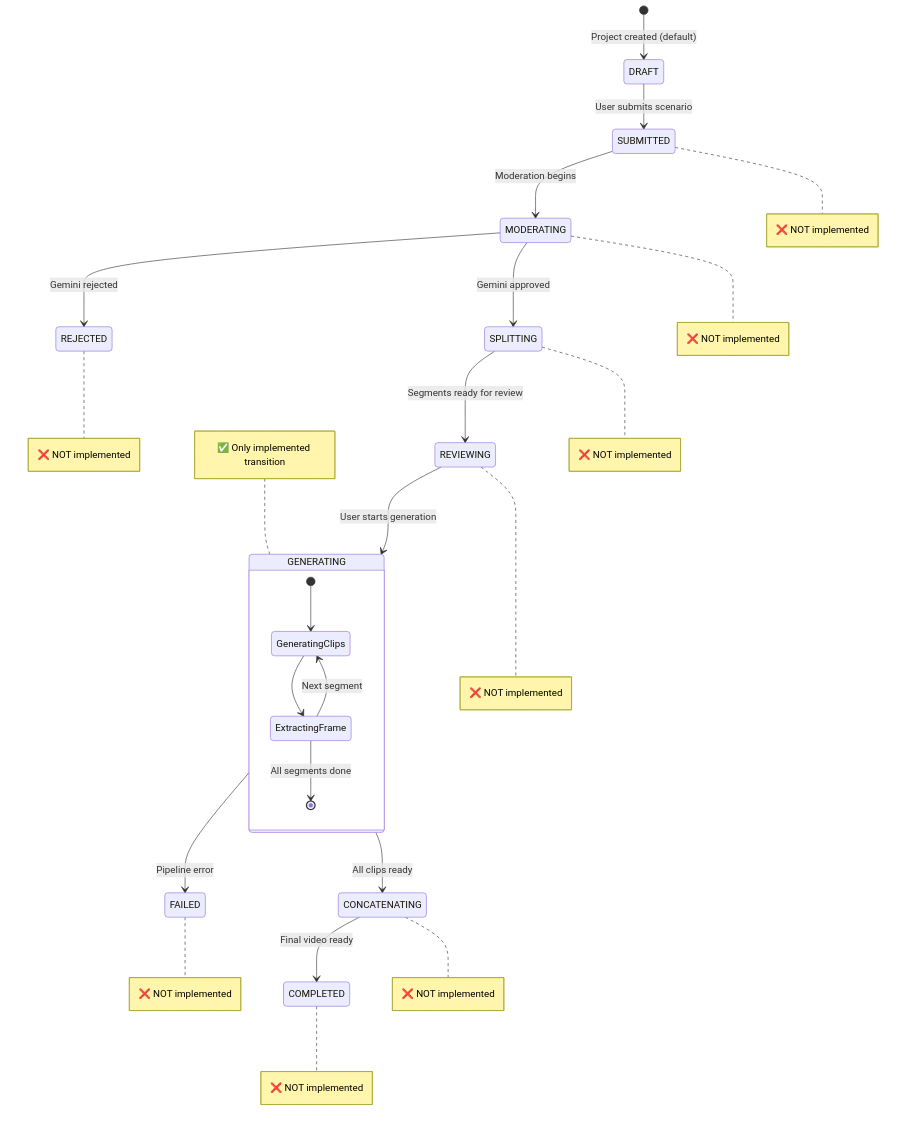
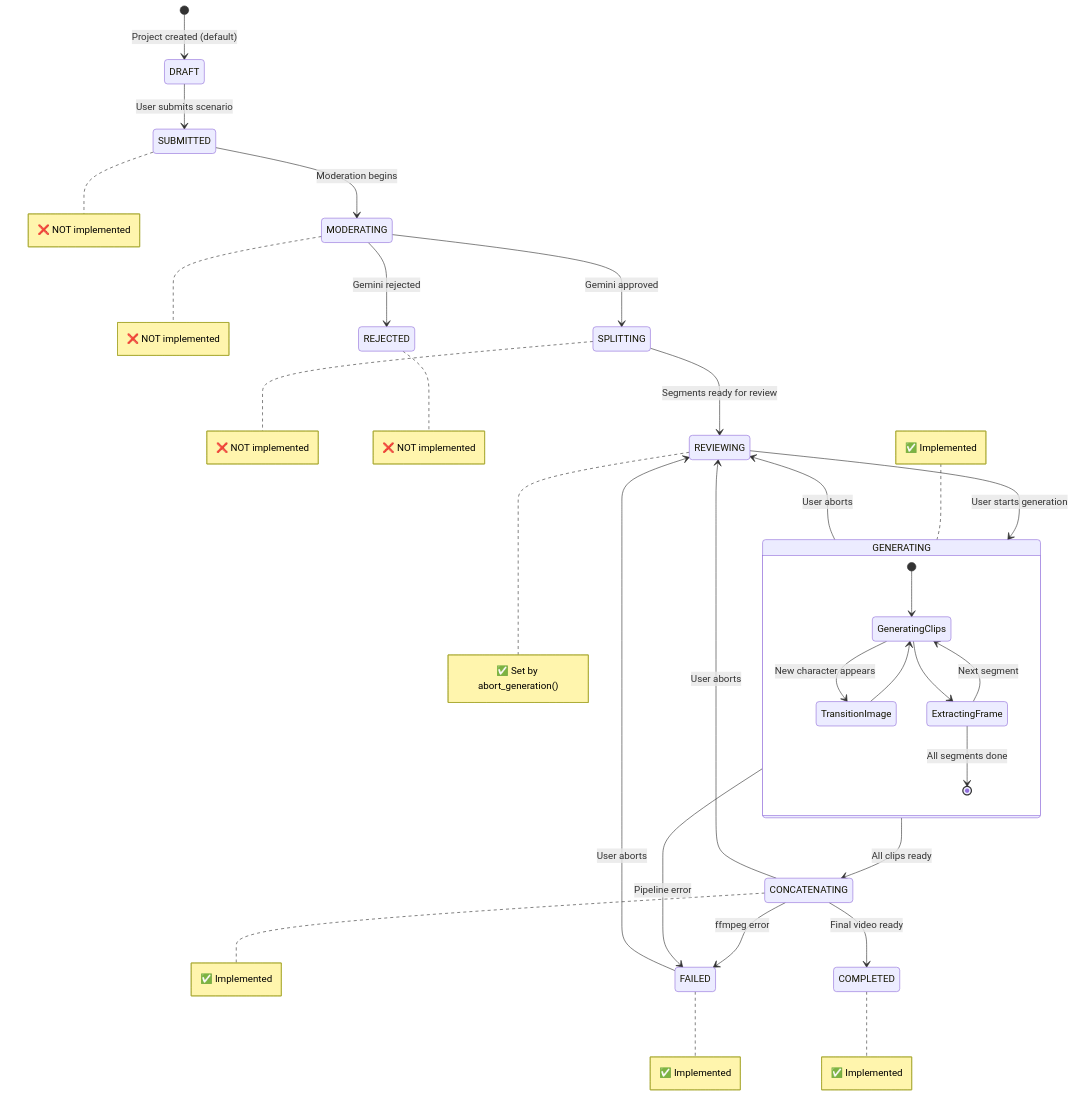
One commit to AffDk/avatarium changed the third of 9 diagrams in specs/004-code-walkthrough-docs/walkthrough.md. Above: the diagram before and after it, drawn with Mermaid. The commit also changed other lines of this file and 8 other files, not shown here.

````diff
--- a/specs/004-code-walkthrough-docs/walkthrough.md
+++ b/specs/004-code-walkthrough-docs/walkthrough.md
@@ -616,38 +616,46 @@
 ```mermaid
 stateDiagram-v2
     [*] --> DRAFT : Project created (default)
 
     DRAFT --> SUBMITTED : User submits scenario
     note right of SUBMITTED : ❌ NOT implemented
 
     SUBMITTED --> MODERATING : Moderation begins
     note right of MODERATING : ❌ NOT implemented
 
     MODERATING --> SPLITTING : Gemini approved
     MODERATING --> REJECTED : Gemini rejected
 
     note right of SPLITTING : ❌ NOT implemented
     note right of REJECTED : ❌ NOT implemented
 
     SPLITTING --> REVIEWING : Segments ready for review
-    note right of REVIEWING : ❌ NOT implemented
+    note right of REVIEWING : ✅ Set by abort_generation()
 
     REVIEWING --> GENERATING : User starts generation
-    note left of GENERATING : ✅ Only implemented transition
+    note left of GENERATING : ✅ Implemented
 
     state GENERATING {
         [*] --> GeneratingClips
+        GeneratingClips --> TransitionImage : New character appears
+        TransitionImage --> GeneratingClips
         GeneratingClips --> ExtractingFrame
         ExtractingFrame --> GeneratingClips : Next segment
         ExtractingFrame --> [*] : All segments done
     }
 
     GENERATING --> CONCATENATING : All clips ready
+    note right of CONCATENATING : ✅ Implemented
+
     GENERATING --> FAILED : Pipeline error
-
-    note right of CONCATENATING : ❌ NOT implemented
-    note right of FAILED : ❌ NOT implemented
+    note right of FAILED : ✅ Implemented
 
     CONCATENATING --> COMPLETED : Final video ready
-    note right of COMPLETED : ❌ NOT implemented
+    note right of COMPLETED : ✅ Implemented
+
+    CONCATENATING --> FAILED : ffmpeg error
+
+    GENERATING --> REVIEWING : User aborts
+    CONCATENATING --> REVIEWING : User aborts
+    FAILED --> REVIEWING : User aborts
 ```
````
